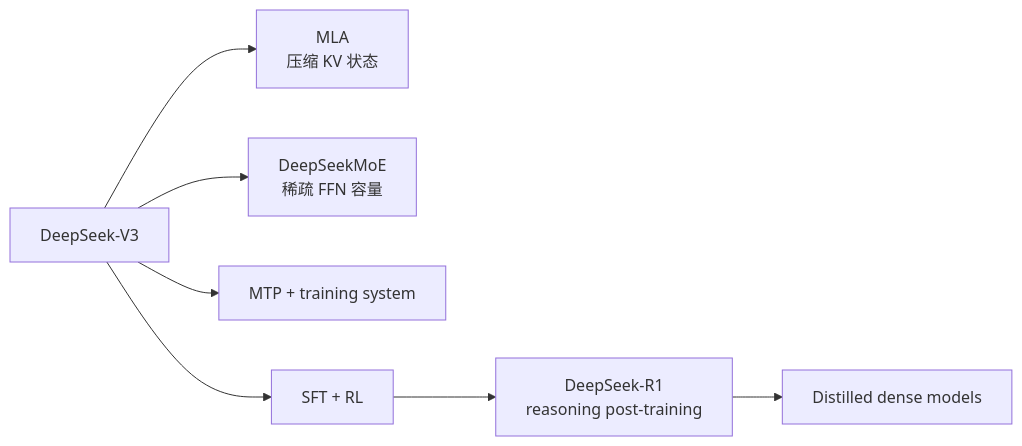
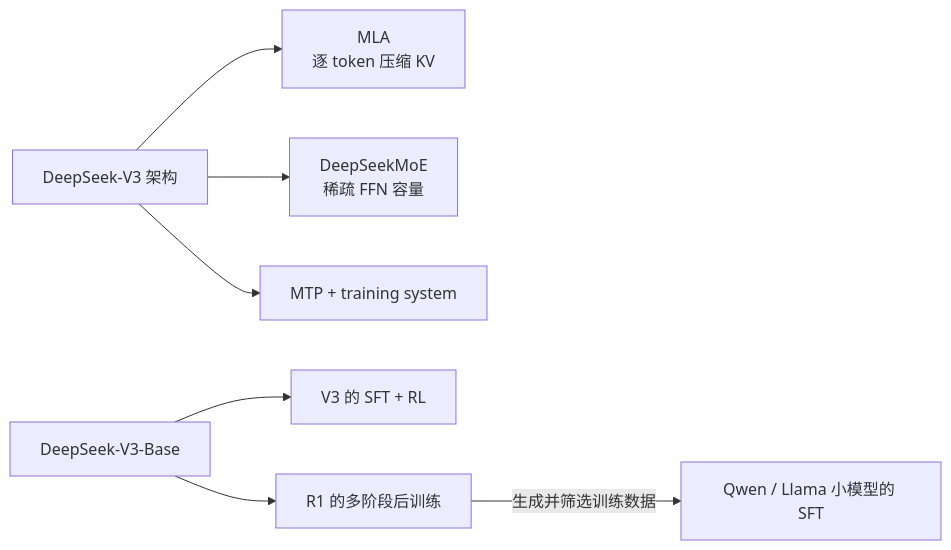
One commit to tianyi-zhang-02/cooking-agi changed the diagram in 00-foundations/model-families/deepseek.md. Above: the diagram before and after it, drawn with Mermaid. The commit also changed other lines of this file and 457 other files, not shown here.

````diff
--- a/00-foundations/model-families/deepseek.md
+++ b/00-foundations/model-families/deepseek.md
@@ -20,9 +20,9 @@
 ```mermaid
 flowchart LR
-    A["DeepSeek-V3"] --> B["MLA<br/>压缩 KV 状态"]
+    A["DeepSeek-V3 架构"] --> B["MLA<br/>逐 token 压缩 KV"]
     A --> C["DeepSeekMoE<br/>稀疏 FFN 容量"]
     A --> D["MTP + training system"]
-    A --> E["SFT + RL"]
-    E --> F["DeepSeek-R1<br/>reasoning post-training"]
-    F --> G["Distilled dense models"]
+    H["DeepSeek-V3-Base"] --> E["V3 的 SFT + RL"]
+    H --> F["R1 的多阶段后训练"]
+    F -->|生成并筛选训练数据| G["Qwen / Llama 小模型的 SFT"]
 ```
````
